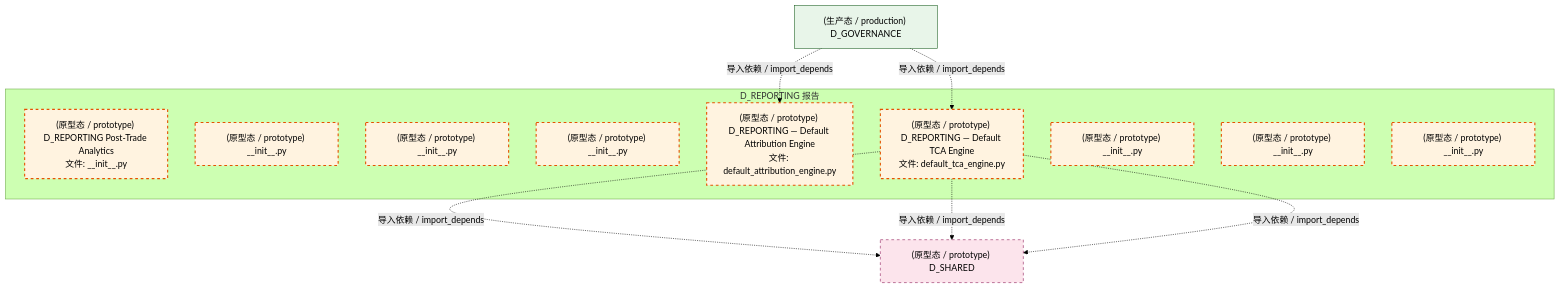
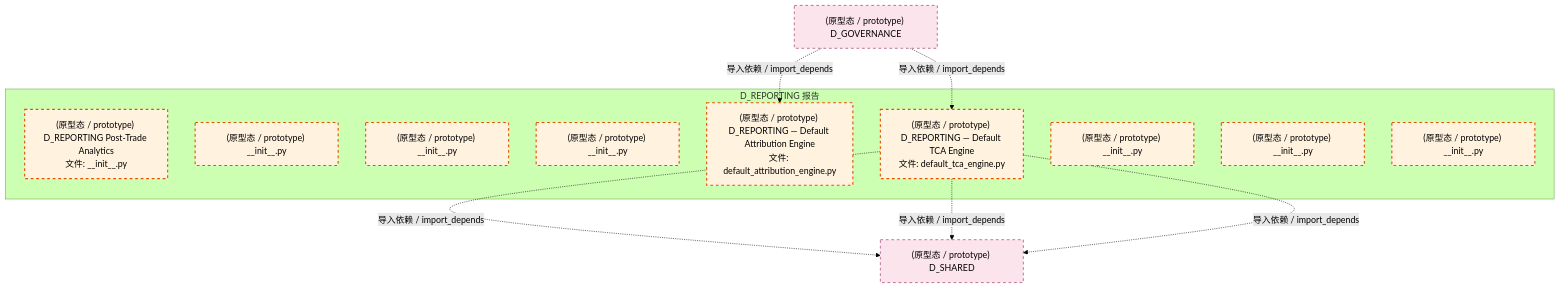
One commit to xuanFelixVan/ZephyrAlpha changed the third of 4 diagrams in docs/02_enterprise_architecture/02_domain_architecture_docs/16_d_reporting.md. Above: the diagram before and after it, drawn with Mermaid (forest theme). The commit also changed other lines of this file and 99 other files, not shown here.

````diff
--- a/docs/02_enterprise_architecture/02_domain_architecture_docs/16_d_reporting.md
+++ b/docs/02_enterprise_architecture/02_domain_architecture_docs/16_d_reporting.md
@@ -144,28 +143,27 @@
 ```mermaid
 graph TD
     subgraph D_REPORTING["D_REPORTING 报告"]
         src_zephyr_reporting_init_py["(原型态 / prototype) D_REPORTING Post-Trade Analytics<br/>文件: __init__.py"]
         src_zephyr_reporting_extensions_init_py["(原型态 / prototype) __init__.py"]
         src_zephyr_reporting_api_init_py["(原型态 / prototype) __init__.py"]
         src_zephyr_reporting_core_init_py["(原型态 / prototype) __init__.py"]
         src_zephyr_reporting_default_attribution_engine_py["(原型态 / prototype) D_REPORTING — Default Attribution Engine<br/>文件: default_attribution_engine.py"]
         src_zephyr_reporting_default_tca_engine_py["(原型态 / prototype) D_REPORTING — Default TCA Engine<br/>文件: default_tca_engine.py"]
         src_zephyr_reporting_infrastructure_init_py["(原型态 / prototype) __init__.py"]
         src_zephyr_reporting_models_init_py["(原型态 / prototype) __init__.py"]
         src_zephyr_reporting_services_init_py["(原型态 / prototype) __init__.py"]
     end
     D_SHARED["(原型态 / prototype) D_SHARED"]
     src_zephyr_reporting_default_tca_engine_py -.->|导入依赖 / import_depends| D_SHARED
     src_zephyr_reporting_default_tca_engine_py -.->|导入依赖 / import_depends| D_SHARED
     src_zephyr_reporting_default_tca_engine_py -.->|导入依赖 / import_depends| D_SHARED
-    D_GOVERNANCE["(生产态 / production) D_GOVERNANCE"]
+    D_GOVERNANCE["(原型态 / prototype) D_GOVERNANCE"]
+    D_GOVERNANCE -.->|导入依赖 / import_depends| src_zephyr_reporting_default_attribution_engine_py
     D_GOVERNANCE -.->|导入依赖 / import_depends| src_zephyr_reporting_default_tca_engine_py
-    D_GOVERNANCE -.->|导入依赖 / import_depends| src_zephyr_reporting_default_attribution_engine_py
     classDef production fill:#e1f5fe,stroke:#01579b,stroke-width:2px,color:#000
     classDef design fill:#fff3e0,stroke:#e65100,stroke-width:2px,color:#000,stroke-dasharray: 5 5
     classDef external_prod fill:#e8f5e9,stroke:#1b5e20,stroke-width:1px,color:#000
     classDef external_design fill:#fce4ec,stroke:#880e4f,stroke-width:1px,color:#000,stroke-dasharray: 5 5
     class src_zephyr_reporting_init_py,src_zephyr_reporting_extensions_init_py,src_zephyr_reporting_api_init_py,src_zephyr_reporting_core_init_py,src_zephyr_reporting_default_attribution_engine_py,src_zephyr_reporting_default_tca_engine_py,src_zephyr_reporting_infrastructure_init_py,src_zephyr_reporting_models_init_py,src_zephyr_reporting_services_init_py design
-    class D_GOVERNANCE external_prod
-    class D_SHARED external_design
+    class D_SHARED,D_GOVERNANCE external_design
 ```
````
